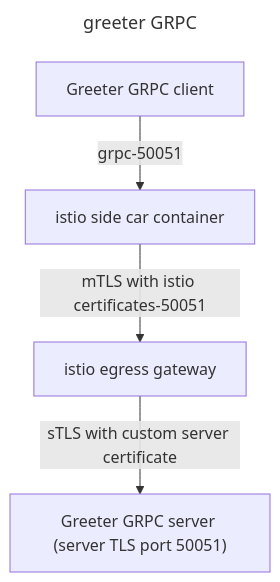
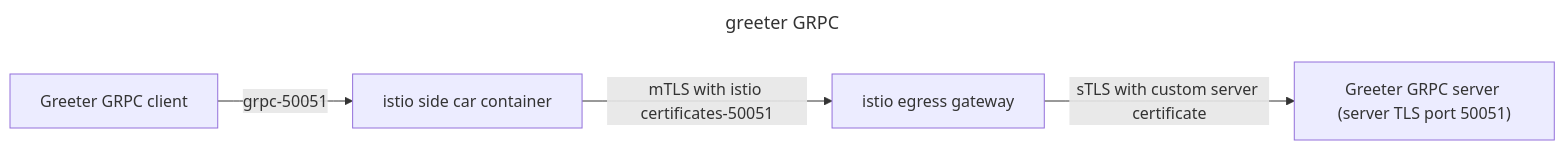
Before and after one commit to lucdew/istio-examples: the diagram in README.md, drawn with Mermaid. The commit also changed other lines of this file, not shown here.

````diff
--- a/README.md
+++ b/README.md
@@ -72,14 +72,14 @@
 ```mermaid
 ---
 title: greeter GRPC
 ---
-flowchart TD;
+flowchart LR;
     gc["Greeter GRPC client"]
     gs["Greeter GRPC server (server TLS port 50051)"]
     isc["istio side car container"]
     iegw["istio egress gateway"]
 
     gc-->|grpc-50051|isc
     isc-->|mTLS with istio certificates-50051|iegw
     iegw-->|sTLS with custom server certificate |gs
 ```
````
